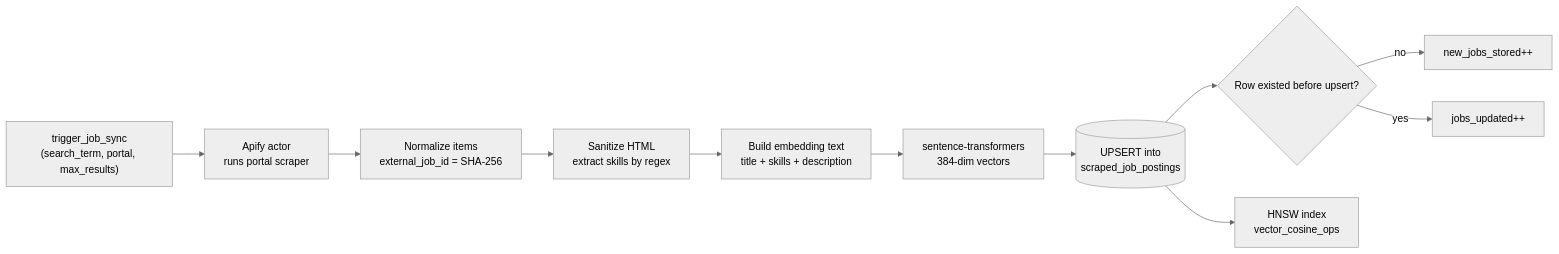
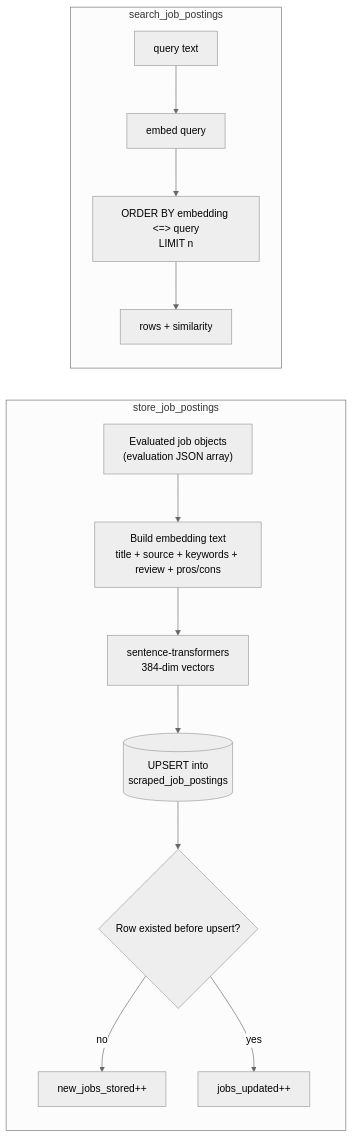
One commit to caupolicanquerales/agent_hunter_job changed the third of 4 diagrams in README.md. Above: the diagram before and after it, drawn with Mermaid (neutral theme). The commit also changed other lines of this file, not shown here.

````diff
--- a/README.md
+++ b/README.md
@@ -197,13 +221,17 @@
 ```mermaid
 flowchart LR
-    A["trigger_job_sync<br/>(search_term, portal, max_results)"] --> B["Apify actor<br/>runs portal scraper"]
-    B --> C["Normalize items<br/>external_job_id = SHA-256"]
-    C --> D["Sanitize HTML<br/>extract skills by regex"]
-    D --> E["Build embedding text<br/>title + skills + description"]
-    E --> F["sentence-transformers<br/>384-dim vectors"]
-    F --> G[("UPSERT into<br/>scraped_job_postings")]
-    G --> H{"Row existed before upsert?"}
-    H -->|no| I["new_jobs_stored++"]
-    H -->|yes| J["jobs_updated++"]
-    G --> K["HNSW index<br/>vector_cosine_ops"]
+    subgraph Store["store_job_postings"]
+        A["Evaluated job objects<br/>(evaluation JSON array)"] --> B["Build embedding text<br/>title + source + keywords + review + pros/cons"]
+        B --> C["sentence-transformers<br/>384-dim vectors"]
+        C --> D[("UPSERT into<br/>scraped_job_postings")]
+        D --> E{"Row existed before upsert?"}
+        E -->|no| F["new_jobs_stored++"]
+        E -->|yes| G["jobs_updated++"]
+    end
+
+    subgraph Search["search_job_postings"]
+        Q["query text"] --> QE["embed query"]
+        QE --> S["ORDER BY embedding <=> query<br/>LIMIT n"]
+        S --> SR["rows + similarity"]
+    end
 ```
````
